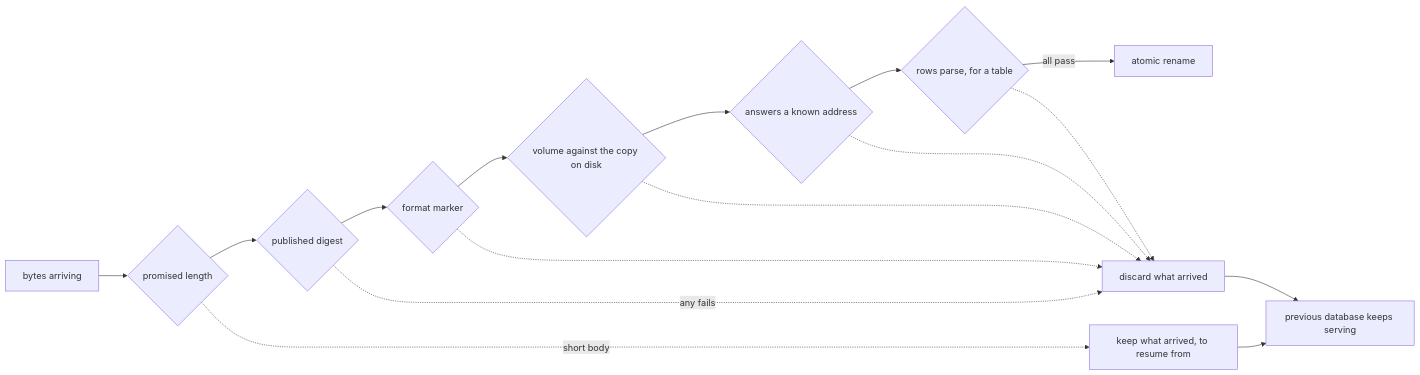
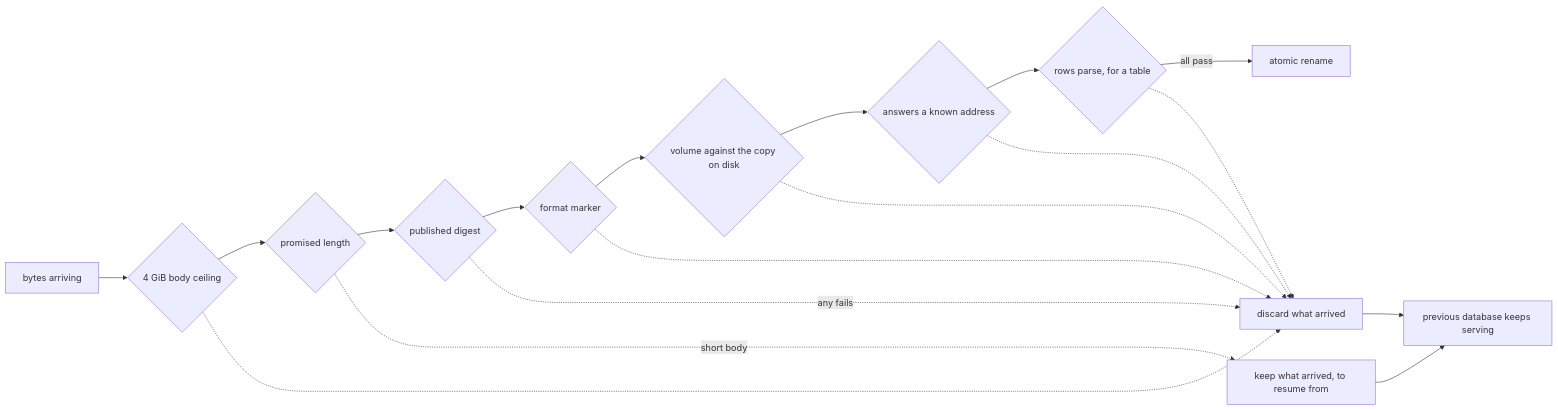
The second of 3 diagrams in docs/architecture.md (hyperi-io/factbook-rs), drawn with Mermaid before and after one commit. The commit also changed other lines of this file and 14 other files, not shown here.

````diff
--- a/docs/architecture.md
+++ b/docs/architecture.md
@@ -53,19 +53,21 @@
 ```mermaid
 flowchart LR
-    S[bytes arriving] --> L{promised length}
+    S[bytes arriving] --> C{4 GiB body ceiling}
+    C --> L{promised length}
     L --> G{published digest}
     G --> M{format marker}
     M --> Z{volume against the copy on disk}
     Z --> K{answers a known address}
     K --> T{rows parse, for a table}
     T -->|all pass| R[atomic rename]
 
     L -.->|short body| Q[keep what arrived, to resume from]
+    C -.-> X
     G -.->|any fails| X[discard what arrived]
     M -.-> X
     Z -.-> X
     K -.-> X
     T -.-> X
     X --> P[previous database keeps serving]
     Q --> P
 ```
````
